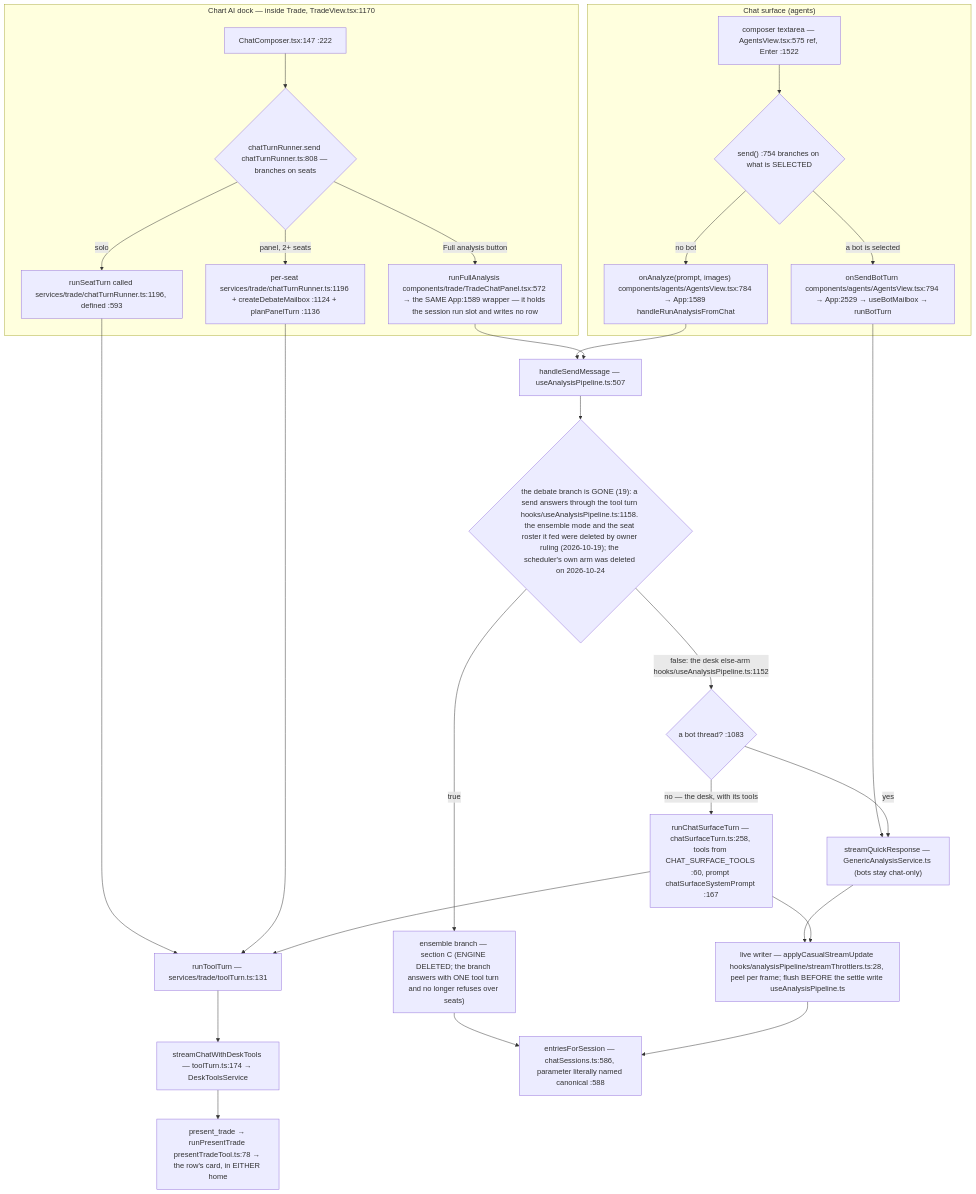
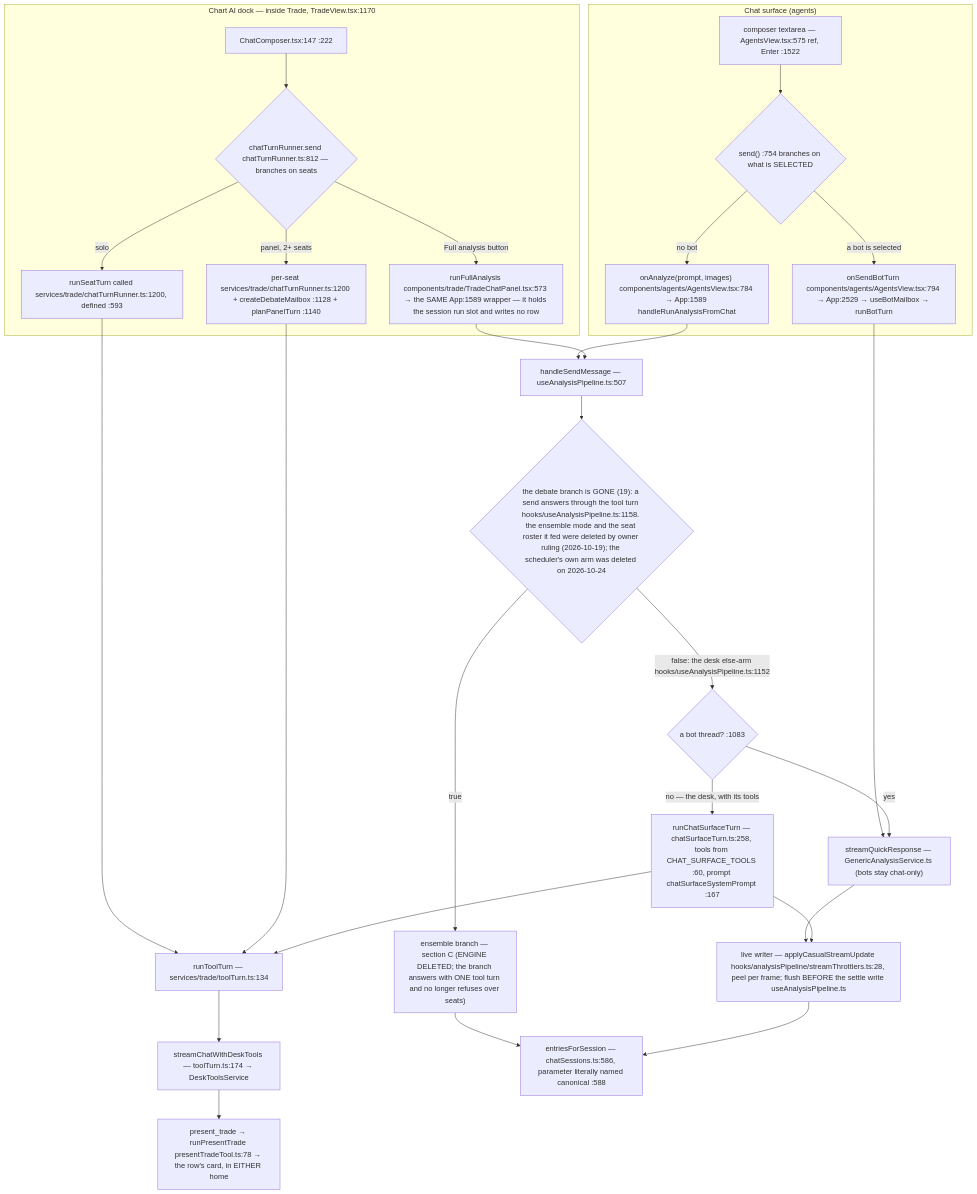
Before and after one commit to Acepay25/august-3.5: the second of 8 diagrams in docs/app-flow.md, drawn with Mermaid. The commit also changed other lines of this file and 2 other files, not shown here.

First line of the commit message:
docs(flow): re-anchor the citations the fix pass moved

````diff
--- a/docs/app-flow.md
+++ b/docs/app-flow.md
@@ -78,31 +78,31 @@
 ```mermaid
 flowchart TD
     subgraph CHAT["Chat surface (agents)"]
         CB["composer textarea — AgentsView.tsx:575 ref, Enter :1522"] --> D1{"send() :754 branches on what is SELECTED"}
         D1 -->|a bot is selected| BOT["onSendBotTurn components/agents/AgentsView.tsx:794 → App:2529 → useBotMailbox → runBotTurn"]
         D1 -->|no bot| AN["onAnalyze(prompt, images) components/agents/AgentsView.tsx:784 → App:1589 handleRunAnalysisFromChat"]
     end
     subgraph DOCK["Chart AI dock — inside Trade, TradeView.tsx:1170"]
-        DC["ChatComposer.tsx:147 :222"] --> D2{"chatTurnRunner.send chatTurnRunner.ts:808 — branches on seats"}
-        D2 -->|solo| SO["runSeatTurn called services/trade/chatTurnRunner.ts:1196, defined :593"]
-        D2 -->|panel, 2+ seats| PN["per-seat services/trade/chatTurnRunner.ts:1196 + createDebateMailbox :1124 + planPanelTurn :1136"]
-        D2 -->|Full analysis button| FA["runFullAnalysis components/trade/TradeChatPanel.tsx:572 → the SAME App:1589 wrapper — it holds the session run slot and writes no row"]
+        DC["ChatComposer.tsx:147 :222"] --> D2{"chatTurnRunner.send chatTurnRunner.ts:812 — branches on seats"}
+        D2 -->|solo| SO["runSeatTurn called services/trade/chatTurnRunner.ts:1200, defined :593"]
+        D2 -->|panel, 2+ seats| PN["per-seat services/trade/chatTurnRunner.ts:1200 + createDebateMailbox :1128 + planPanelTurn :1140"]
+        D2 -->|Full analysis button| FA["runFullAnalysis components/trade/TradeChatPanel.tsx:573 → the SAME App:1589 wrapper — it holds the session run slot and writes no row"]
     end
-    SO --> TT["runToolTurn — services/trade/toolTurn.ts:131"]
+    SO --> TT["runToolTurn — services/trade/toolTurn.ts:134"]
     PN --> TT
     TT --> SCDT["streamChatWithDeskTools — toolTurn.ts:174 → DeskToolsService"]
     BOT --> TR["streamQuickResponse — GenericAnalysisService.ts (bots stay chat-only)"]
     AN --> HSM["handleSendMessage — useAnalysisPipeline.ts:507"]
     FA --> HSM
     HSM --> D3{"the debate branch is GONE (19): a send answers through the tool turn hooks/useAnalysisPipeline.ts:1158. the ensemble mode and the seat roster it fed were deleted by owner ruling (2026-10-19); the scheduler's own arm was deleted on 2026-10-24"}
     D3 -->|true| ENS["ensemble branch — section C (ENGINE DELETED; the branch answers with ONE tool turn and no longer refuses over seats)"]
     D3 -->|false: the desk else-arm hooks/useAnalysisPipeline.ts:1152| SPLIT{"a bot thread? :1083"}
     SPLIT -->|yes| TR
     SPLIT -->|no — the desk, with its tools| CST["runChatSurfaceTurn — chatSurfaceTurn.ts:258, tools from CHAT_SURFACE_TOOLS :60, prompt chatSurfaceSystemPrompt :167"]
     CST --> TT
     TR --> LW["live writer — applyCasualStreamUpdate hooks/analysisPipeline/streamThrottlers.ts:28, peel per frame; flush BEFORE the settle write useAnalysisPipeline.ts"]
     CST --> LW
     ENS --> MERGE
     LW --> MERGE["entriesForSession — chatSessions.ts:586, parameter literally named canonical :588"]
     SCDT --> PT["present_trade → runPresentTrade presentTradeTool.ts:78 → the row's card, in EITHER home"]
 ```
````
